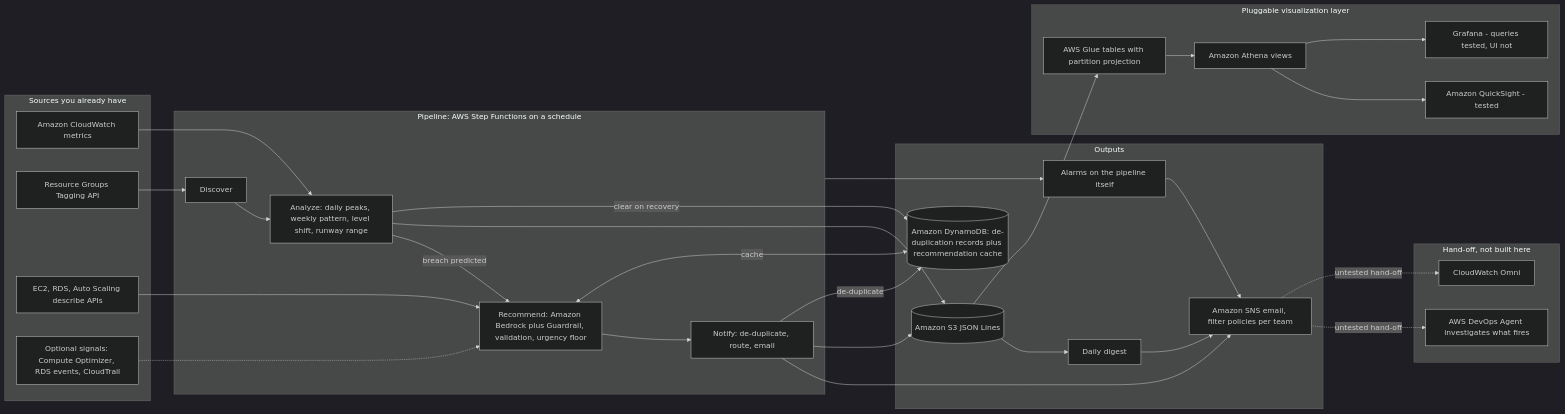
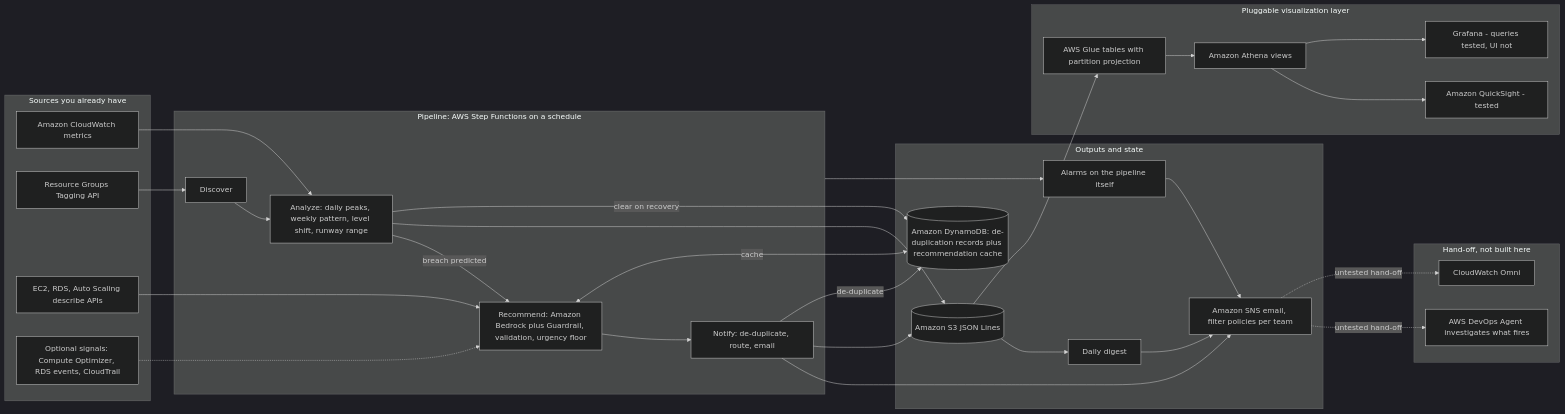
One commit to aws-samples/sample-capacity-foresight-with-amazon-bedrock changed the diagram in docs/ARCHITECTURE.md. Above: the diagram before and after it, drawn with Mermaid (dark theme). The commit also changed 2 other files, not shown here.

Commit message:
added metrics & Signals

````diff
--- a/docs/ARCHITECTURE.md
+++ b/docs/ARCHITECTURE.md
@@ -13,55 +13,55 @@
 ```mermaid
 flowchart LR
   subgraph SRC[Sources you already have]
     CW[Amazon CloudWatch metrics]
     TAG[Resource Groups Tagging API]
     DESC[EC2, RDS, Auto Scaling describe APIs]
     OPT[Optional signals: Compute Optimizer, RDS events, CloudTrail]
   end
 
   subgraph PIPE[Pipeline: AWS Step Functions on a schedule]
     D[Discover]
     A[Analyze: daily peaks, weekly pattern, level shift, runway range]
     R[Recommend: Amazon Bedrock plus Guardrail, validation, urgency floor]
     N[Notify: de-duplicate, route, email]
   end
 
-  subgraph OUT[Outputs]
+  subgraph OUT[Outputs and state]
     SNS[Amazon SNS email, filter policies per team]
     DIG[Daily digest]
     S3[(Amazon S3 JSON Lines)]
     DDB[(Amazon DynamoDB: de-duplication records plus recommendation cache)]
     ALM[Alarms on the pipeline itself]
   end
 
   subgraph VIEW[Pluggable visualization layer]
     GLUE[AWS Glue tables with partition projection]
     ATH[Amazon Athena views]
     QS[Amazon QuickSight - tested]
     GF[Grafana - queries tested, UI not]
   end
 
   subgraph NEXT[Hand-off, not built here]
     DOA[AWS DevOps Agent investigates what fires]
     OMNI[CloudWatch Omni]
   end
 
   TAG --> D --> A
   CW --> A
   A -->|breach predicted| R
   DESC --> R
   OPT -.-> R
   R --> N --> SNS
   N --> S3
   A --> S3
   N -->|de-duplicate| DDB
   R <-->|cache| DDB
   A -->|clear on recovery| DDB
   S3 --> DIG --> SNS
   S3 --> GLUE --> ATH
   ATH --> QS
   ATH --> GF
   PIPE --> ALM --> SNS
   SNS -.->|untested hand-off| DOA
   SNS -.->|untested hand-off| OMNI
 ```
````
